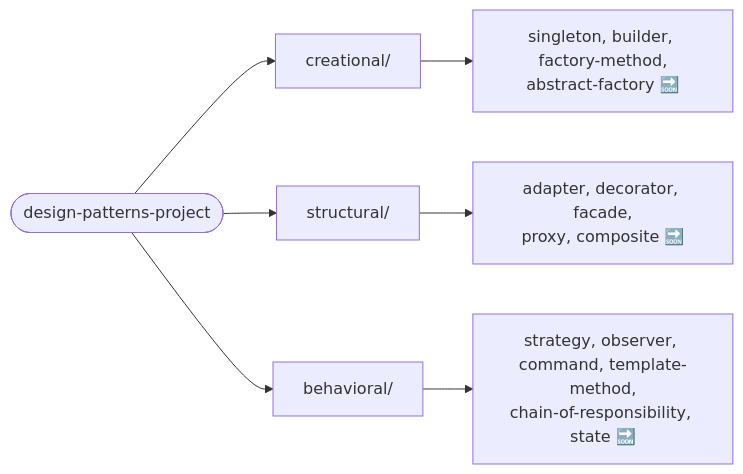
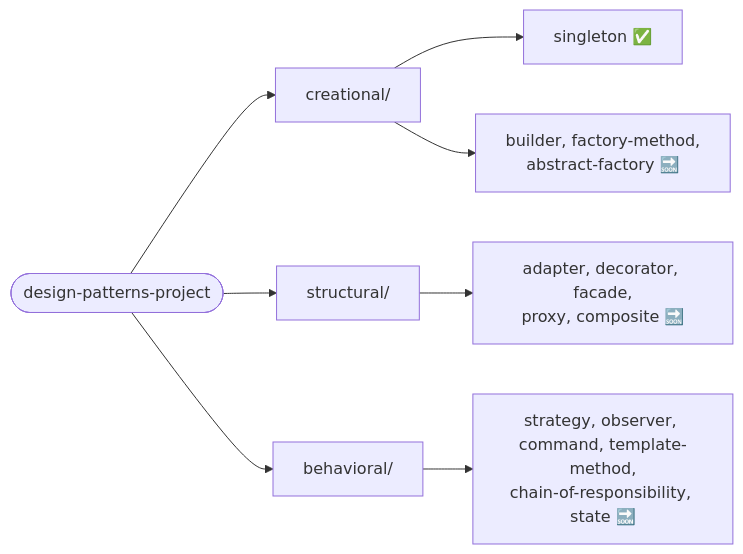
Before and after one commit to leon-lourenco/design-patterns-project: the diagram in README.md, drawn with Mermaid. The commit also changed other lines of this file and 11 other files, not shown here.

````diff
--- a/README.md
+++ b/README.md
@@ -49,9 +49,10 @@
 ```mermaid
 flowchart LR
     Root(["design-patterns-project"]) --> Creational["creational/"]
     Root --> Structural["structural/"]
     Root --> Behavioral["behavioral/"]
-    Creational --> CreationalRest["singleton, builder, factory-method,\nabstract-factory 🔜"]
+    Creational --> Singleton["singleton ✅"]
+    Creational --> CreationalRest["builder, factory-method,\nabstract-factory 🔜"]
     Structural --> StructuralRest["adapter, decorator, facade,\nproxy, composite 🔜"]
     Behavioral --> BehavioralRest["strategy, observer, command, template-method,\nchain-of-responsibility, state 🔜"]
 ```
````
